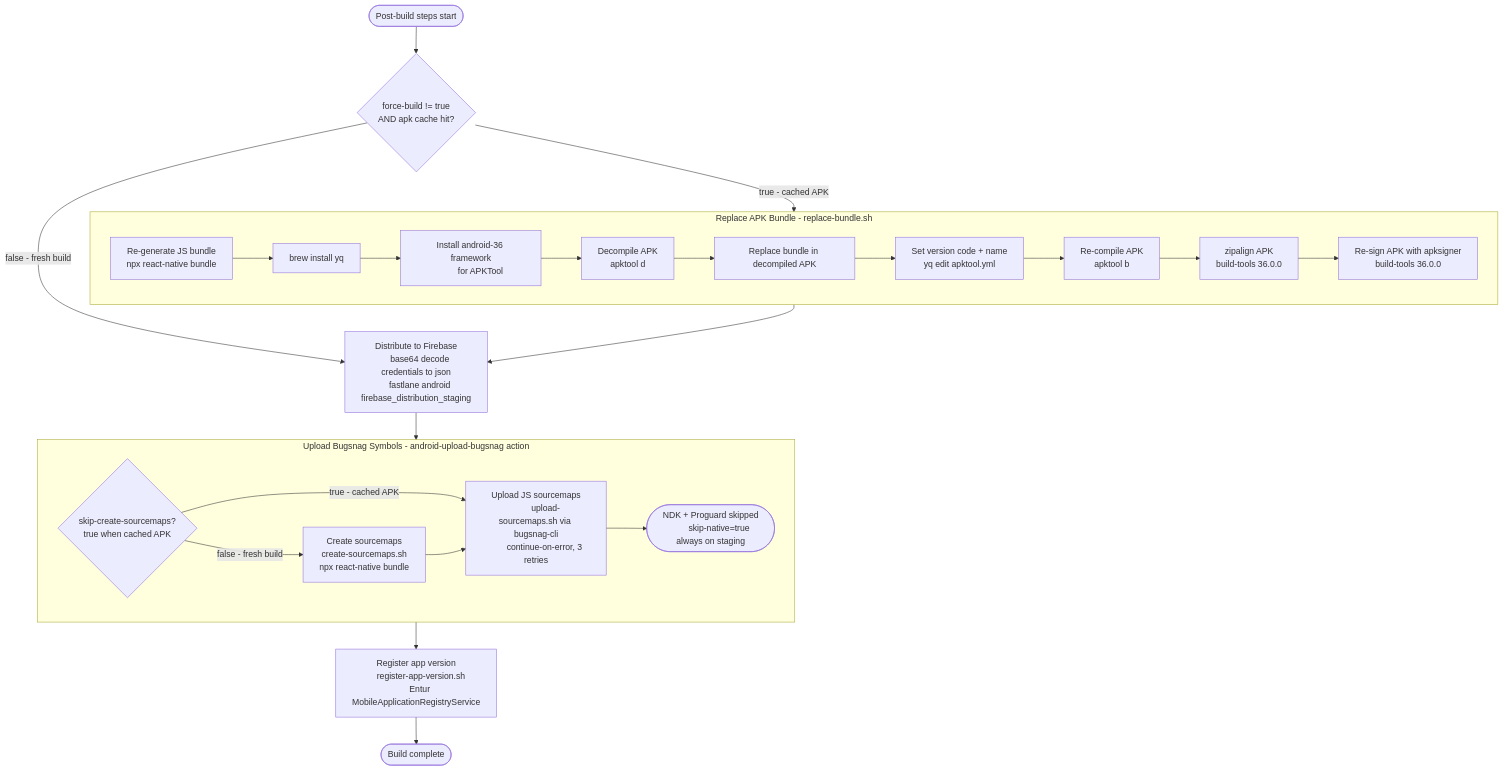
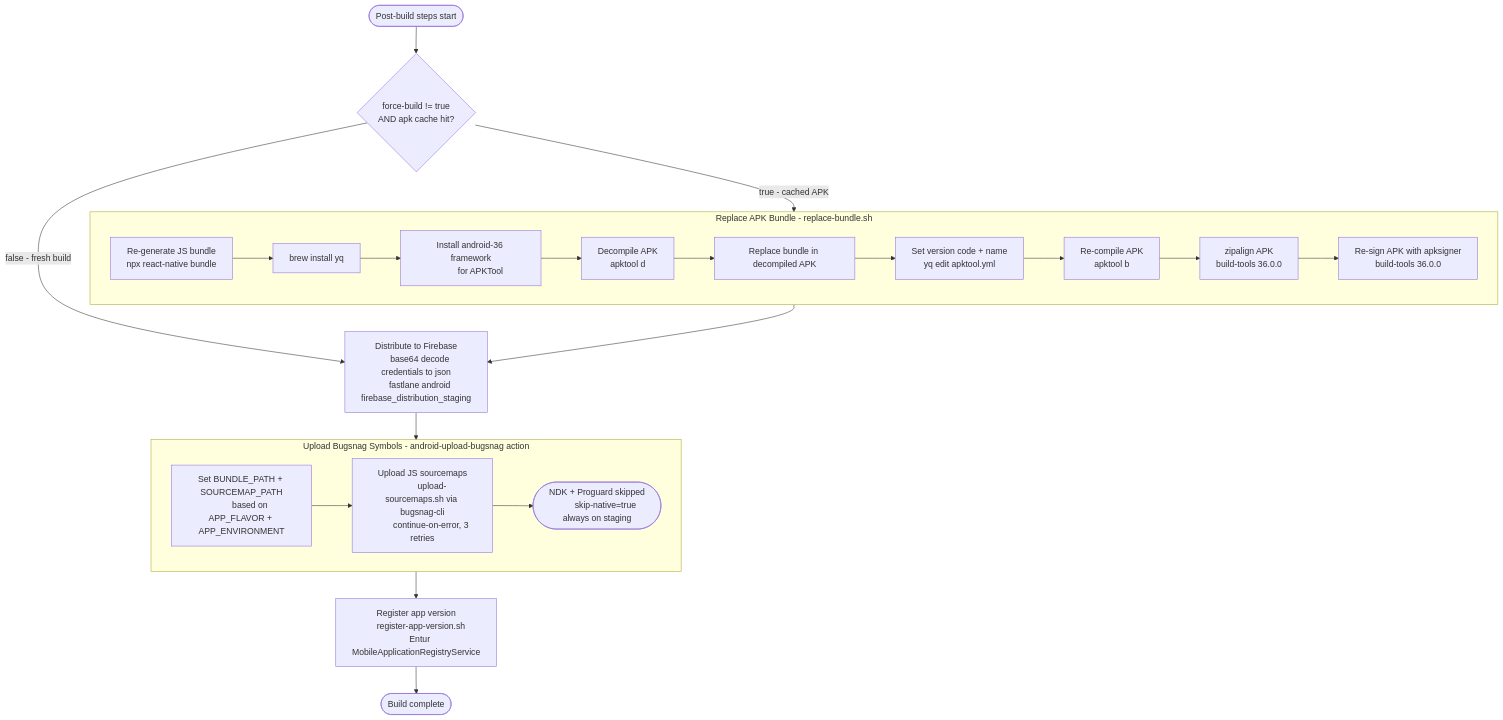
Before and after one commit to AtB-AS/mittatb-app: the fourth of 6 diagrams in docs/android-build-staging-graph.md, drawn with Mermaid. The commit also changed other lines of this file and 9 other files, not shown here.

````diff
--- a/docs/android-build-staging-graph.md
+++ b/docs/android-build-staging-graph.md
@@ -214,62 +214,59 @@
 ```mermaid
 flowchart TD
     start(["Post-build steps start"])
 
     start --> replace_check{"force-build != true
     AND apk cache hit?"}
 
     replace_check -- "true - cached APK" --> replace_bundle
     replace_check -- "false - fresh build" --> firebase
 
     subgraph replace_bundle ["Replace APK Bundle - replace-bundle.sh"]
         rb_bundle["Re-generate JS bundle
         npx react-native bundle"]
         rb_yq["brew install yq"]
         rb_framework["Install android-36 framework
         for APKTool"]
         rb_decompile["Decompile APK
         apktool d"]
         rb_replace["Replace bundle in decompiled APK"]
         rb_version["Set version code + name
         yq edit apktool.yml"]
         rb_recompile["Re-compile APK
         apktool b"]
         rb_align["zipalign APK
         build-tools 36.0.0"]
         rb_sign["Re-sign APK with apksigner
         build-tools 36.0.0"]
 
         rb_bundle --> rb_yq --> rb_framework --> rb_decompile
         rb_decompile --> rb_replace --> rb_version
         rb_version --> rb_recompile --> rb_align --> rb_sign
     end
 
     replace_bundle --> firebase
 
     firebase["Distribute to Firebase
     base64 decode credentials to json
     fastlane android firebase_distribution_staging"]
 
     firebase --> bugsnag_upload
 
     subgraph bugsnag_upload ["Upload Bugsnag Symbols - android-upload-bugsnag action"]
-        bs_create_check{"skip-create-sourcemaps?
-        true when cached APK"}
-        bs_create_check -- "false - fresh build" --> bs_create["Create sourcemaps
-        create-sourcemaps.sh
-        npx react-native bundle"]
-        bs_create_check -- "true - cached APK" --> bs_sourcemaps
-
-        bs_create --> bs_sourcemaps["Upload JS sourcemaps
+        bs_set["Set BUNDLE_PATH + SOURCEMAP_PATH
+        based on APP_FLAVOR + APP_ENVIRONMENT"]
+        bs_sourcemaps["Upload JS sourcemaps
         upload-sourcemaps.sh via bugsnag-cli
         continue-on-error, 3 retries"]
-        bs_sourcemaps --> bs_skip_native(["NDK + Proguard skipped
+        bs_skip_native(["NDK + Proguard skipped
         skip-native=true always on staging"])
+
+        bs_set --> bs_sourcemaps --> bs_skip_native
     end
 
     bugsnag_upload --> register["Register app version
     register-app-version.sh
     Entur MobileApplicationRegistryService"]
 
     register --> done(["Build complete"])
 ```
````
